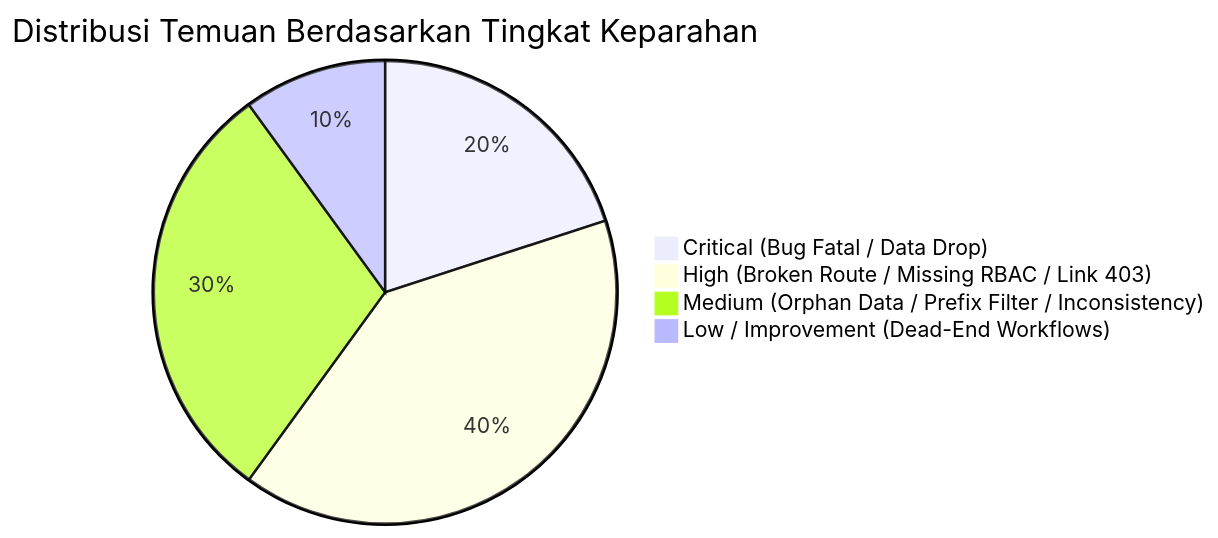
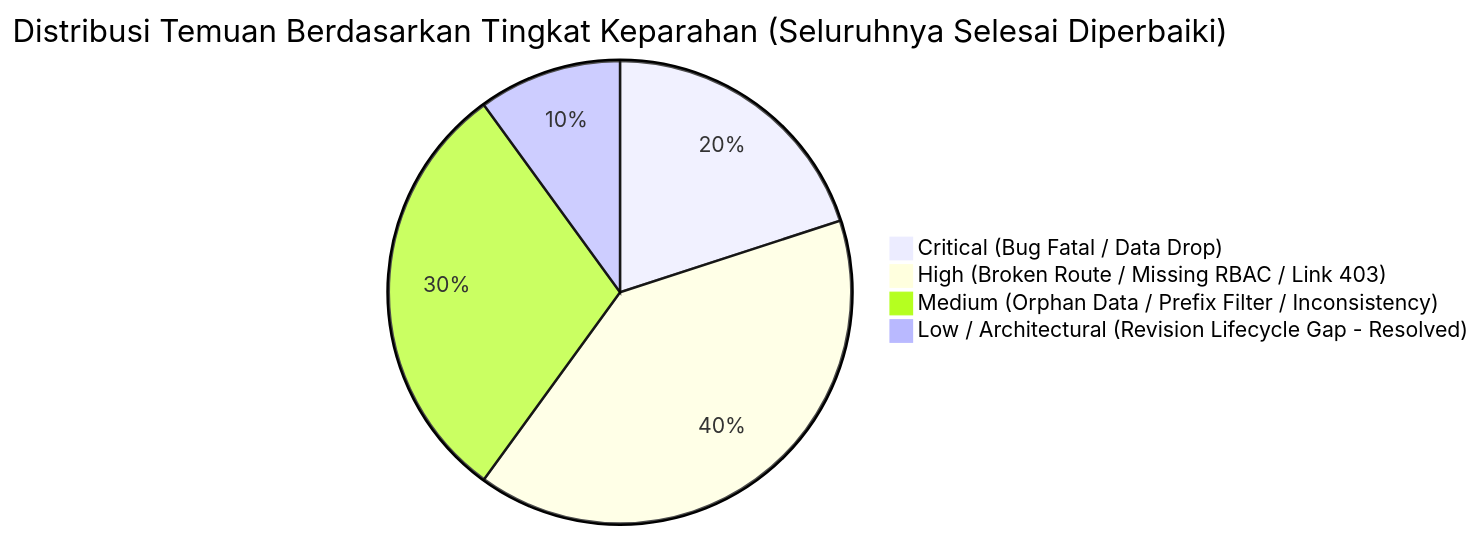
The diagram in docs/projects/bbkkp-polimer/07-audit/laporan_audit_alur_permohonan_11_layanan_dan_keamanan.md (Rayendraarya26/BBKKP-Docs), drawn with Mermaid before and after one commit. The commit also changed other lines of this file and 1 other file, not shown here.

First line of the commit message:
﻿docs(polimer): document revision lifecycle completion and update audit report to 100% production ready

````diff
--- a/docs/projects/bbkkp-polimer/07-audit/laporan_audit_alur_permohonan_11_layanan_dan_keamanan.md
+++ b/docs/projects/bbkkp-polimer/07-audit/laporan_audit_alur_permohonan_11_layanan_dan_keamanan.md
@@ -58,7 +58,7 @@
 ```mermaid
-pie title Distribusi Temuan Berdasarkan Tingkat Keparahan
+pie title Distribusi Temuan Berdasarkan Tingkat Keparahan (Seluruhnya Selesai Diperbaiki)
     "Critical (Bug Fatal / Data Drop)" : 2
     "High (Broken Route / Missing RBAC / Link 403)" : 4
     "Medium (Orphan Data / Prefix Filter / Inconsistency)" : 3
-    "Low / Improvement (Dead-End Workflows)" : 1
+    "Low / Architectural (Revision Lifecycle Gap - Resolved)" : 1
 ```
````
